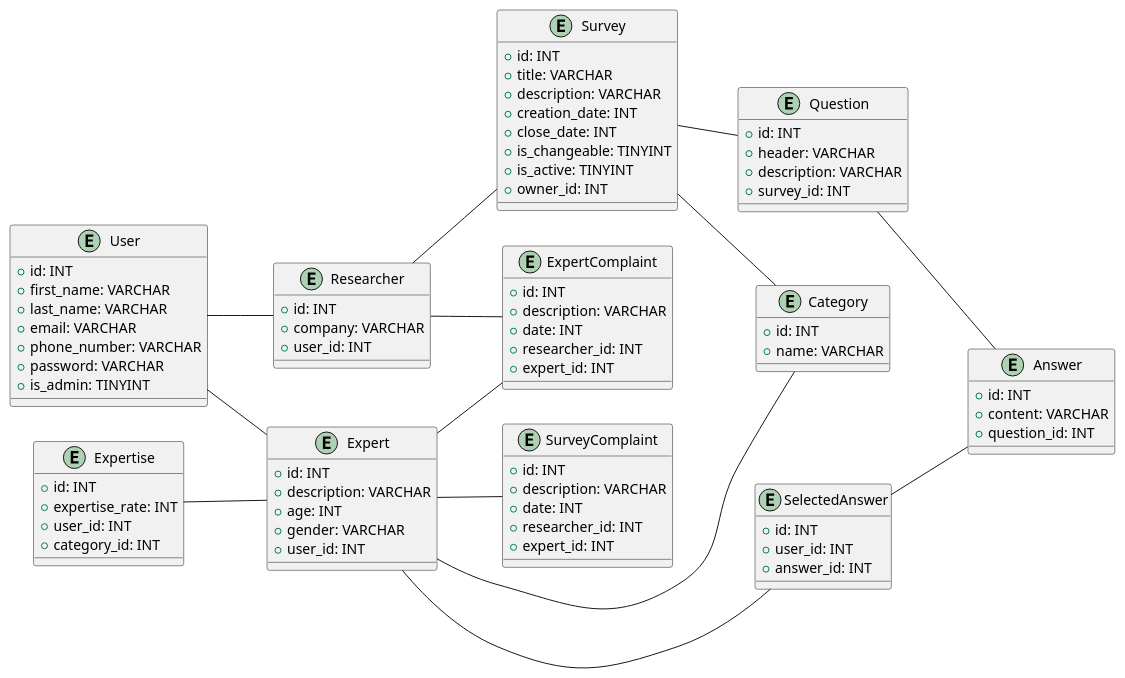
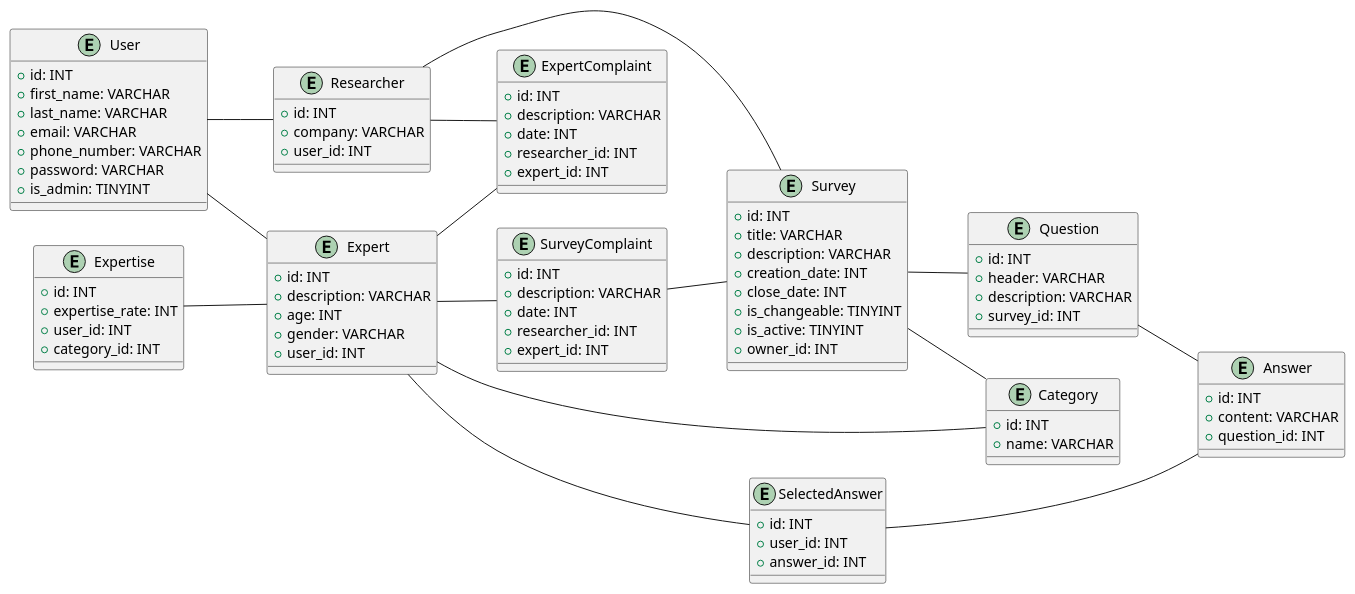
Before and after one commit to generalmaks/db_labs: the second of 2 diagrams in docs/design.md, drawn with PlantUML.

Commit message:
some fixes ER-model

```diff
--- a/docs/design.md
+++ b/docs/design.md
@@ -272,6 +272,8 @@
   "Expert" -- "SelectedAnswer"
   "Expert" -- "SurveyComplaint"
   
+  "SurveyComplaint" -- "Survey" 
+  
   "Survey" -- "Question"
   "Survey" -- "Category"
   
```
